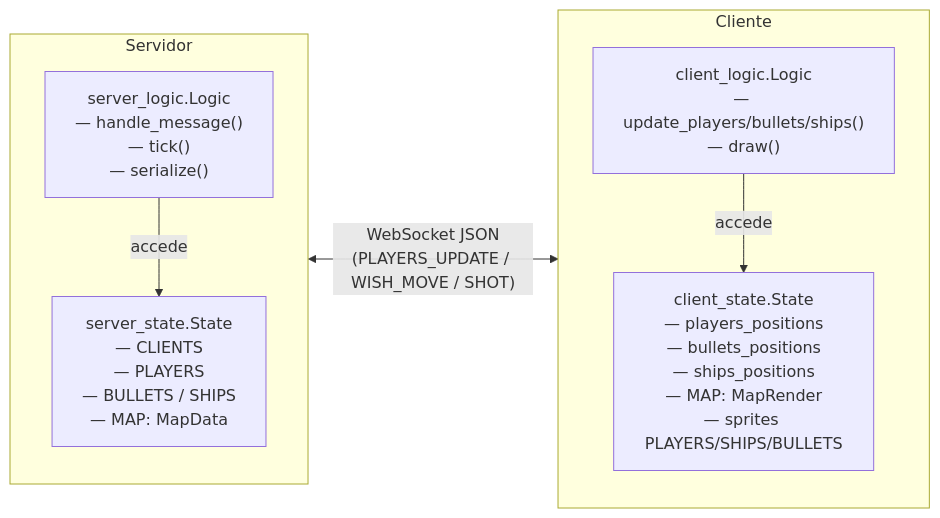
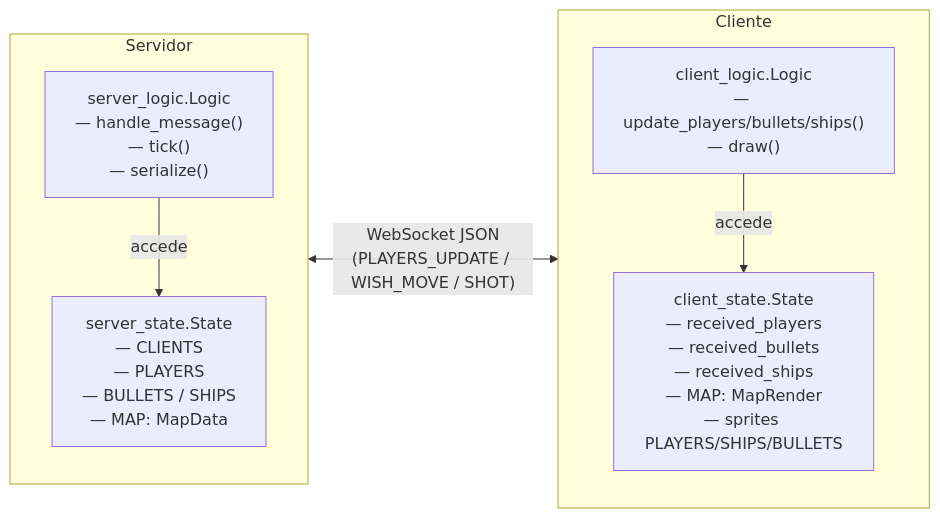
One commit to Aouei/pygame_multi changed the first of 7 diagrams in docs/diagramas/server-client.md. Above: the diagram before and after it, drawn with Mermaid. The commit also changed other lines of this file and 6 other files, not shown here.

````diff
--- a/docs/diagramas/server-client.md
+++ b/docs/diagramas/server-client.md
@@ -29,18 +29,18 @@
 ```mermaid
 flowchart LR
     subgraph SRV["Servidor"]
         direction TB
         SL["server_logic.Logic\n— handle_message()\n— tick()\n— serialize()"]
         SS["server_state.State\n— CLIENTS\n— PLAYERS\n— BULLETS / SHIPS\n— MAP: MapData"]
         SL -- accede --> SS
     end
 
     subgraph CLI["Cliente"]
         direction TB
         CL["client_logic.Logic\n— update_players/bullets/ships()\n— draw()"]
-        CS["client_state.State\n— players_positions\n— bullets_positions\n— ships_positions\n— MAP: MapRender\n— sprites PLAYERS/SHIPS/BULLETS"]
+        CS["client_state.State\n— received_players\n— received_bullets\n— received_ships\n— MAP: MapRender\n— sprites PLAYERS/SHIPS/BULLETS"]
         CL -- accede --> CS
     end
 
     SRV <-->|"WebSocket JSON\n(PLAYERS_UPDATE / WISH_MOVE / SHOT)"| CLI
 ```
````
